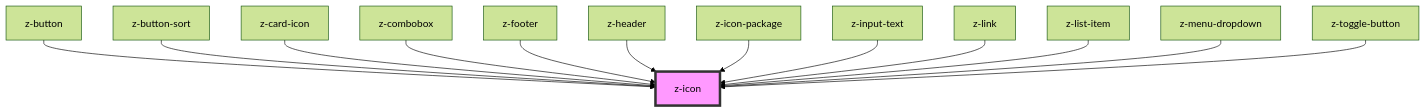
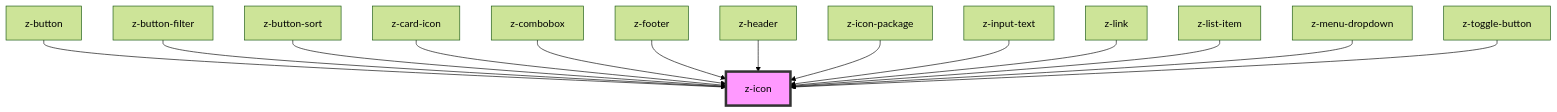
The diagram in web-components-library/src/components/z-icon/readme.md (ZanichelliEditore/design-system), drawn with Mermaid (forest theme) before and after one commit. The commit also changed other lines of this file and 4 other files, not shown here.

Commit message:
MYZ-6908 fix z-button-filter e test

````diff
--- a/web-components-library/src/components/z-icon/readme.md
+++ b/web-components-library/src/components/z-icon/readme.md
@@ -36,16 +37,17 @@
 ```mermaid
 graph TD;
   z-button --> z-icon
+  z-button-filter --> z-icon
   z-button-sort --> z-icon
   z-card-icon --> z-icon
   z-combobox --> z-icon
   z-footer --> z-icon
   z-header --> z-icon
   z-icon-package --> z-icon
   z-input-text --> z-icon
   z-link --> z-icon
   z-list-item --> z-icon
   z-menu-dropdown --> z-icon
   z-toggle-button --> z-icon
   style z-icon fill:#f9f,stroke:#333,stroke-width:4px
 ```
````
